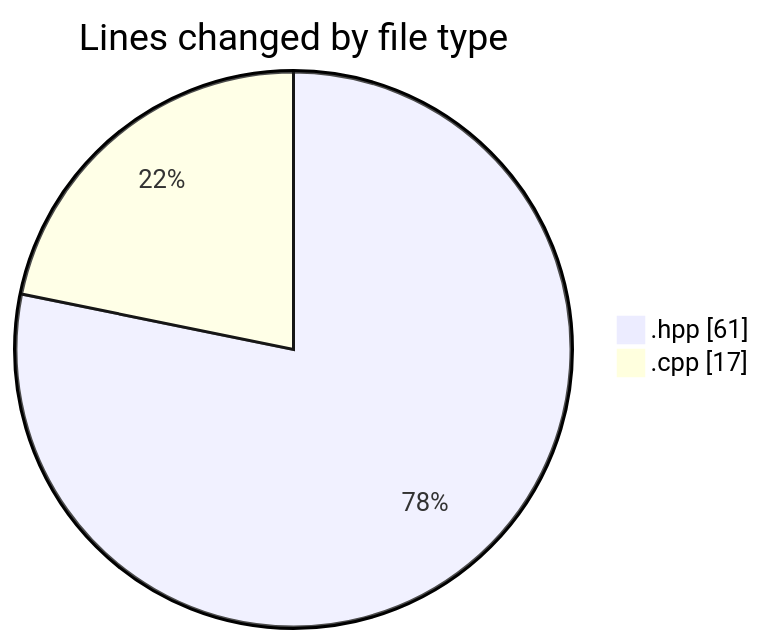
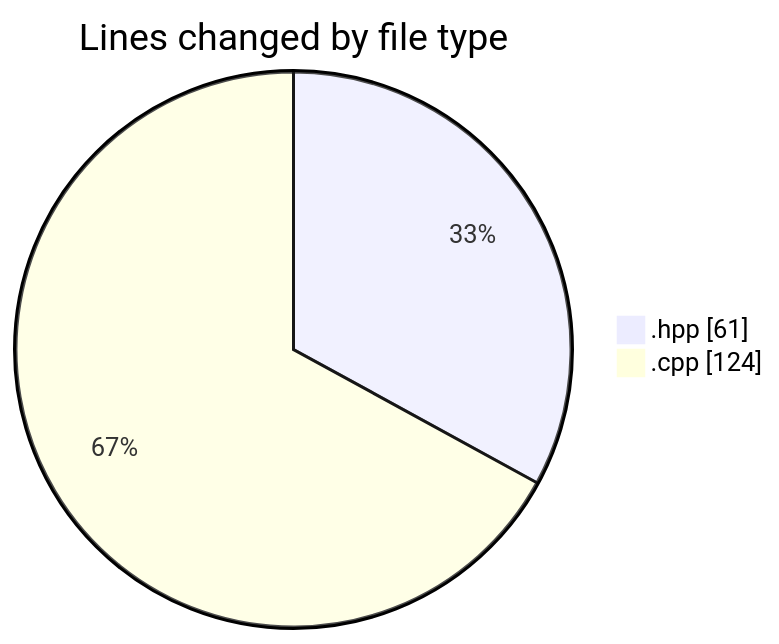
The first of 2 diagrams in 2025-05-02/date/README.md (Netris89/code-tracking), drawn with Mermaid before and after one commit. The commit also changed other lines of this file and 1 other file, not shown here.

````diff
--- a/2025-05-02/date/README.md
+++ b/2025-05-02/date/README.md
@@ -21,6 +22,6 @@
 ```mermaid
 pie showData
 title Lines changed by file type
 ".hpp" : 61
-".cpp" : 17
+".cpp" : 124
 ```
````
